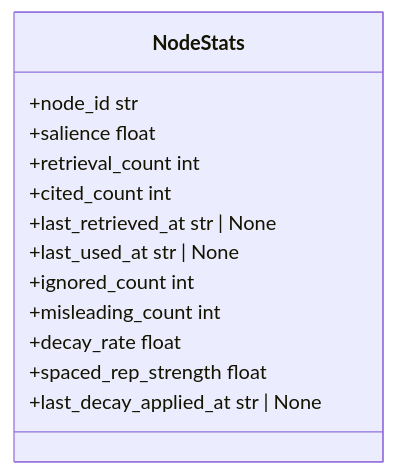
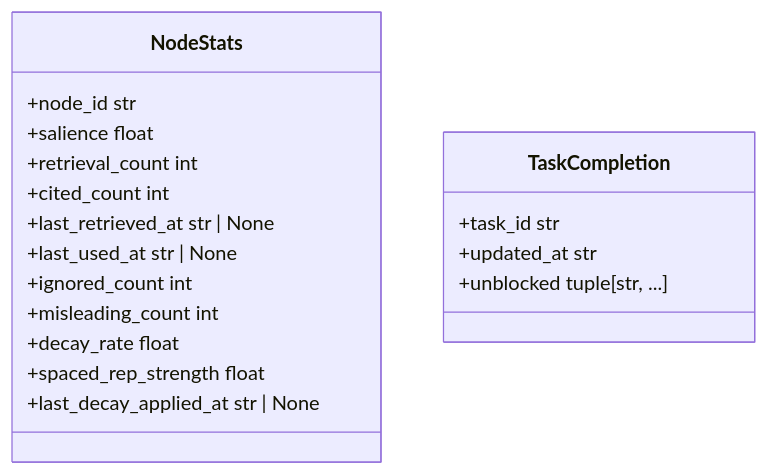
One commit to agent-lore/lithos changed the second of 9 diagrams in docs/generated/domain_model.md. Above: the diagram before and after it, drawn with Mermaid. The commit also changed 8 other files, not shown here.

````diff
--- a/docs/generated/domain_model.md
+++ b/docs/generated/domain_model.md
@@ -52,16 +52,21 @@
 ```mermaid
 classDiagram
   class NodeStats {
     +node_id str
     +salience float
     +retrieval_count int
     +cited_count int
     +last_retrieved_at str | None
     +last_used_at str | None
     +ignored_count int
     +misleading_count int
     +decay_rate float
     +spaced_rep_strength float
     +last_decay_applied_at str | None
   }
+  class TaskCompletion {
+    +task_id str
+    +updated_at str
+    +unblocked tuple[str, ...]
+  }
 ```
````
